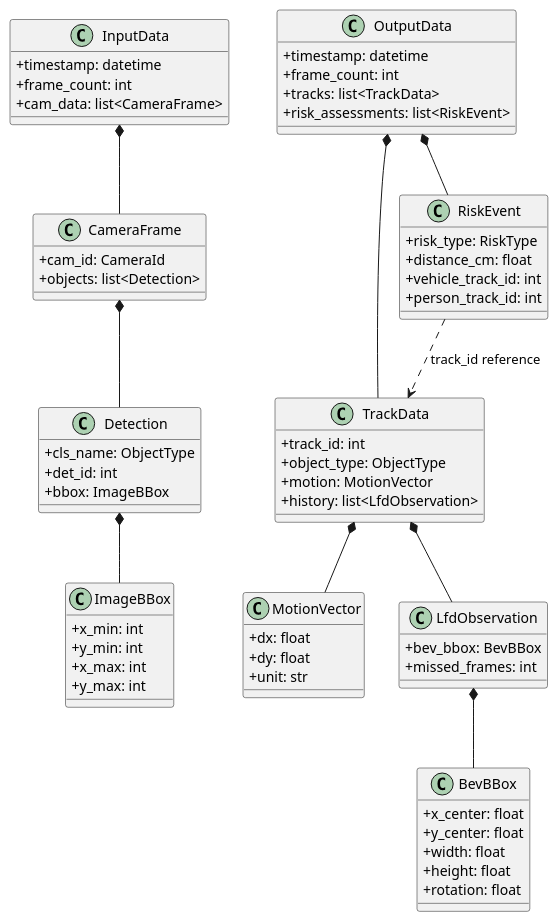
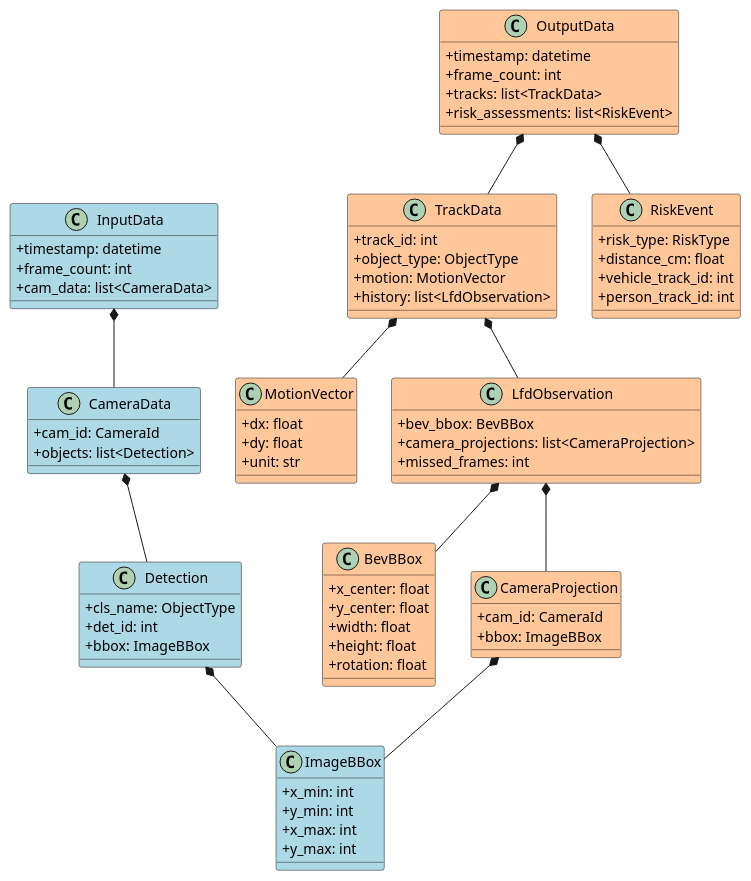
One commit to randychen1013/docker_fastapi_practice changed the diagram in class.puml. Above: the diagram before and after it, drawn with PlantUML. The commit also changed 6 other files, not shown here.

```diff
--- a/class.puml
+++ b/class.puml
@@ -1,82 +1,106 @@
 @startuml API_Data_Model
 
+' skinparam classAttributeIconSize 0
 skinparam classAttributeIconSize 0
+
 
 class InputData {
     +timestamp: datetime
     +frame_count: int
-    +cam_data: list<CameraFrame>
+    +cam_data: list<CameraData>
 }
 
-class CameraFrame {
+class CameraData {
     +cam_id: CameraId
     +objects: list<Detection>
 }
 
 class Detection {
     +cls_name: ObjectType
     +det_id: int
     +bbox: ImageBBox
 }
 
 class ImageBBox {
     +x_min: int
     +y_min: int
     +x_max: int
     +y_max: int
 }
 
 class OutputData {
     +timestamp: datetime
     +frame_count: int
     +tracks: list<TrackData>
     +risk_assessments: list<RiskEvent>
 }
 
 class TrackData {
     +track_id: int
     +object_type: ObjectType
     +motion: MotionVector
     +history: list<LfdObservation>
 }
 
 class MotionVector {
     +dx: float
     +dy: float
     +unit: str
 }
 
-class LfdObservation {
-    +bev_bbox: BevBBox
-    +missed_frames: int
-}
-
 class BevBBox {
     +x_center: float
     +y_center: float
     +width: float
     +height: float
     +rotation: float
 }
 
+class CameraProjection {
+    +cam_id: CameraId
+    +bbox: ImageBBox
+}
+
+class LfdObservation {
+    +bev_bbox: BevBBox
+    +camera_projections: list<CameraProjection>
+    +missed_frames: int
+}
+
+
 class RiskEvent {
     +risk_type: RiskType
     +distance_cm: float
     +vehicle_track_id: int
     +person_track_id: int
 }
 
-InputData *-- CameraFrame
-CameraFrame *-- Detection
+InputData *-- CameraData
+CameraData *-- Detection
 Detection *-- ImageBBox
 
 OutputData *-- TrackData
 OutputData *-- RiskEvent
 
 TrackData *-- MotionVector
 TrackData *-- LfdObservation
 LfdObservation *-- BevBBox
+LfdObservation *-- CameraProjection 
 
-RiskEvent ..> TrackData : track_id reference
+CameraProjection *-- ImageBBox
+
+class InputData #LightBlue
+class CameraData #LightBlue
+class Detection #LightBlue
+class ImageBBox #LightBlue
+
+class OutputData #ffc79a
+class TrackData #ffc79a
+class MotionVector #ffc79a
+class BevBBox #ffc79a
+class CameraProjection #ffc79a
+class LfdObservation #ffc79a
+class RiskEvent #ffc79a
+
 
 @enduml
```
